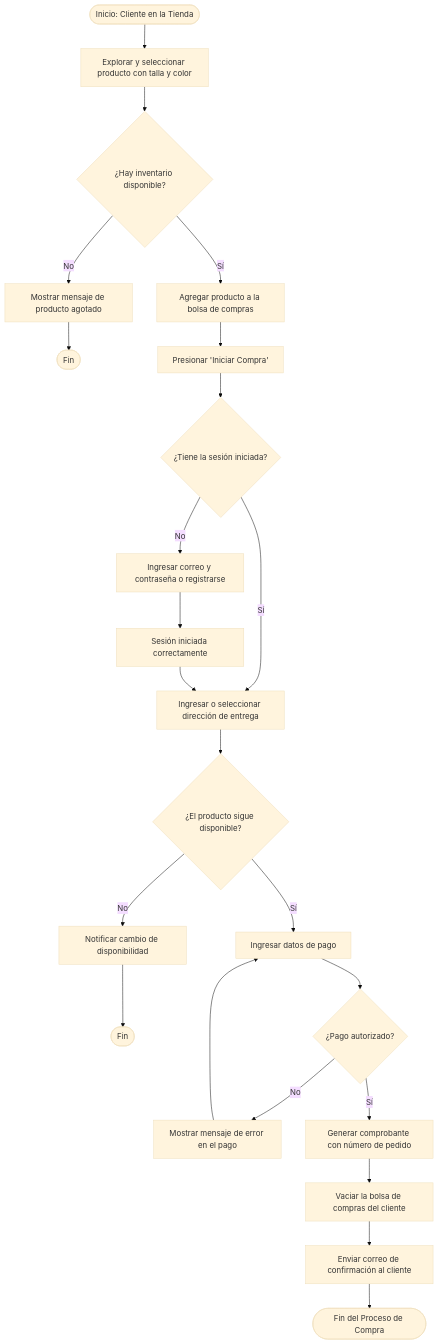
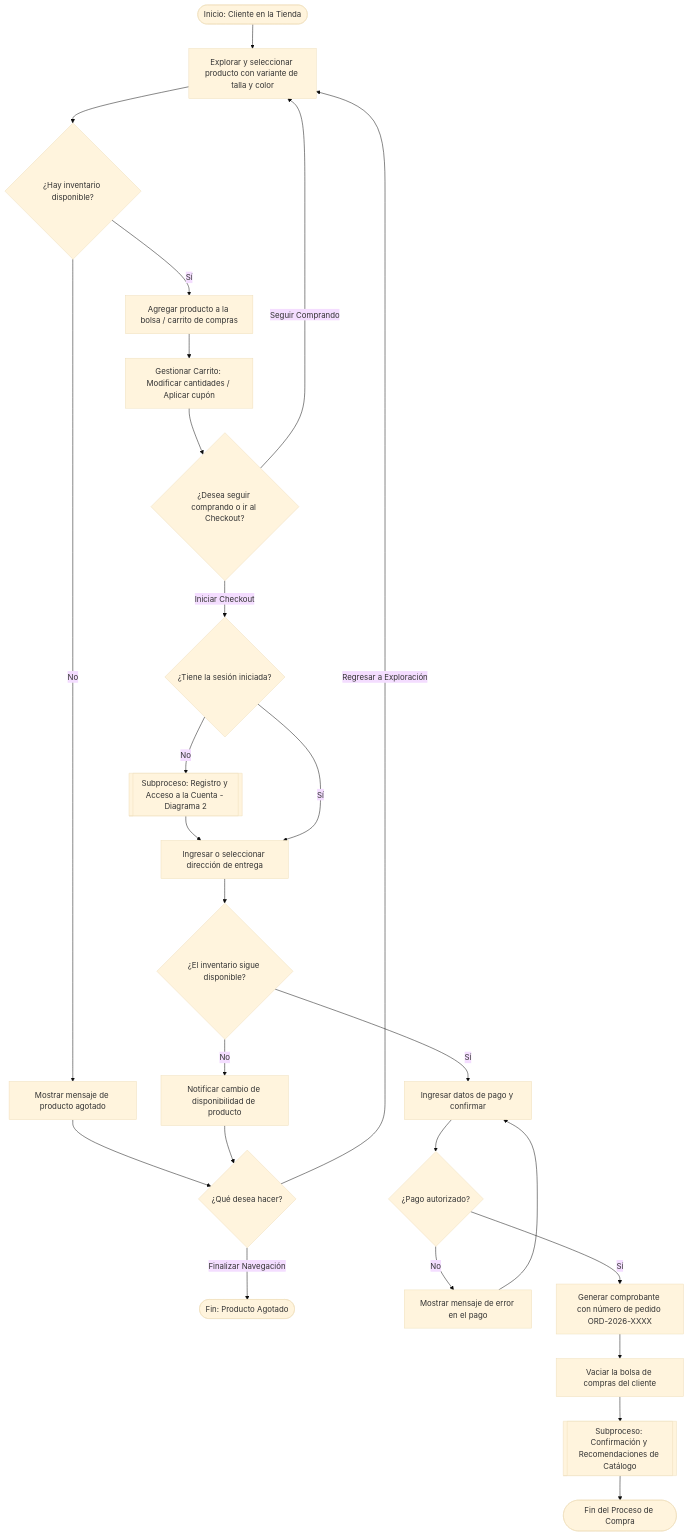
The first of 9 diagrams in Diagrama de Procesos/Diagramas de Procesos Preliminares.md (LeonidasGarcia/Multichannel-Marketplace), drawn with Mermaid (base theme) before and after one commit. The commit also changed other lines of this file and 1 other file, not shown here.

Commit message:
feat: Update process diagrams and enhance user flow descriptions in the documentation

````diff
--- a/Diagrama de Procesos/Diagramas de Procesos Preliminares.md
+++ b/Diagrama de Procesos/Diagramas de Procesos Preliminares.md
@@ -9,29 +5,38 @@
-```mermaid.js
+```mermaid
 flowchart TD
-    Inicio([Inicio: Cliente en la Tienda]) --> SeleccionarProducto[Explorar y seleccionar producto con talla y color]
+    Inicio([Inicio: Cliente en la Tienda]) --> SeleccionarProducto[Explorar y seleccionar producto con variante de talla y color]
     SeleccionarProducto --> VerificarStock{¿Hay inventario disponible?}
 
-    VerificarStock -- No --> MostrarAgotado[Mostrar mensaje de producto agotado] --> FinAgotado([Fin])
+    %% Flujo Sin Stock (Nuevo Rombo de Decisión)
+    VerificarStock -- No --> MostrarAgotado[Mostrar mensaje de producto agotado]
+    MostrarAgotado --> DecisionAgotado{¿Qué desea hacer?}
+    DecisionAgotado -- Regresar a Exploración --> SeleccionarProducto
+    DecisionAgotado -- Finalizar Navegación --> FinAgotado([Fin: Producto Agotado])
 
-    VerificarStock -- Sí --> AgregarBolsa[Agregar producto a la bolsa de compras]
-    AgregarBolsa --> IniciarCheckout[Presionar 'Iniciar Compra']
+    %% Flujo Con Stock y Carrito Cíclico
+    VerificarStock -- Sí --> AgregarBolsa[Agregar producto a la bolsa / carrito de compras]
+    AgregarBolsa --> GestionarCarrito[Gestionar Carrito: Modificar cantidades / Aplicar cupón]
+    GestionarCarrito --> DecisionCarrito{¿Desea seguir comprando o ir al Checkout?}
+    
+    DecisionCarrito -- Seguir Comprando --> SeleccionarProducto
+    DecisionCarrito -- Iniciar Checkout --> ValidarSesion{¿Tiene la sesión iniciada?}
 
-    IniciarCheckout --> ValidarSesion{¿Tiene la sesión iniciada?}
-    ValidarSesion -- No --> ModalAcceso[Ingresar correo y contraseña o registrarse]
-    ModalAcceso --> SesionLista[Sesión iniciada correctamente]
+    %% Autenticación
+    ValidarSesion -- No --> SubprocesoAcceso[[Subproceso: Registro y Acceso a la Cuenta - Diagrama 2]]
+    SubprocesoAcceso --> PasoDireccion
     ValidarSesion -- Sí --> PasoDireccion[Ingresar o seleccionar dirección de entrega]
-    SesionLista --> PasoDireccion
 
-    PasoDireccion --> RevalidarInventario{¿El producto sigue disponible?}
-    RevalidarInventario -- No --> AlertaSinStock[Notificar cambio de disponibilidad] --> FinSinStock([Fin])
+    %% Revalidación y Pago
+    PasoDireccion --> RevalidarInventario{¿El inventario sigue disponible?}
+    RevalidarInventario -- No --> AlertaSinStock[Notificar cambio de disponibilidad de producto] --> DecisionAgotado
 
-    RevalidarInventario -- Sí --> IngresarPago[Ingresar datos de pago]
+    RevalidarInventario -- Sí --> IngresarPago[Ingresar datos de pago y confirmar]
     IngresarPago --> ValidarPago{¿Pago autorizado?}
 
     ValidarPago -- No --> ErrorPago[Mostrar mensaje de error en el pago] --> IngresarPago
 
-    ValidarPago -- Sí --> ConfirmarOrden[Generar comprobante con número de pedido]
+    ValidarPago -- Sí --> ConfirmarOrden[Generar comprobante con número de pedido ORD-2026-XXXX]
     ConfirmarOrden --> VaciarBolsa[Vaciar la bolsa de compras del cliente]
-    VaciarBolsa --> EnviarCorreo[Enviar correo de confirmación al cliente]
-    EnviarCorreo --> FinCompra([Fin del Proceso de Compra])
+    VaciarBolsa --> SubprocesoConfirmacion[[Subproceso: Confirmación y Recomendaciones de Catálogo]]
+    SubprocesoConfirmacion --> FinCompra([Fin del Proceso de Compra])
 ```
````
